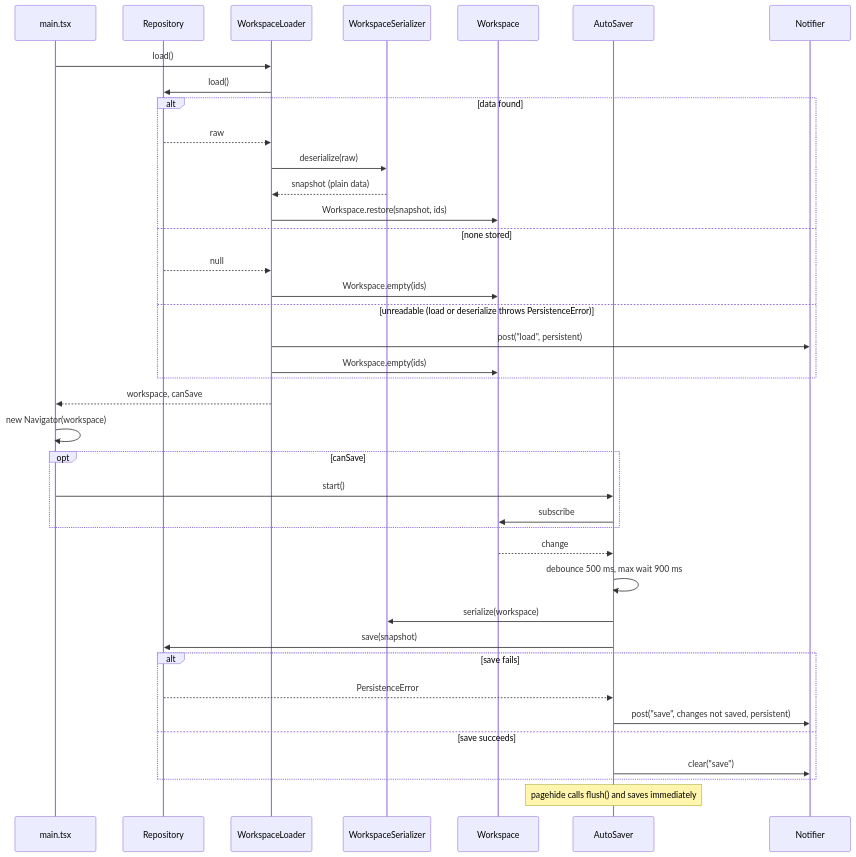
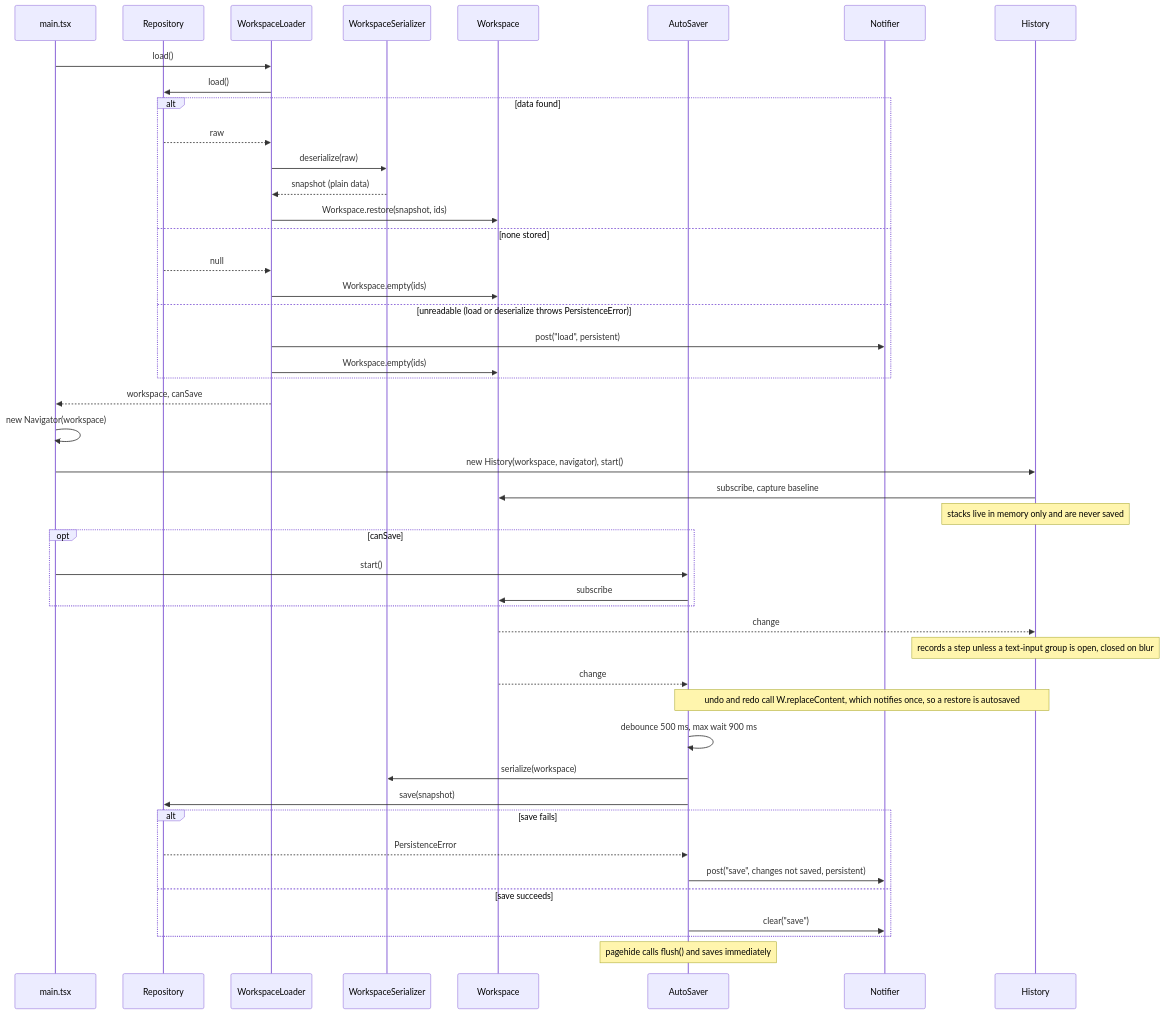
Before and after one commit to tylercoz/flow: the diagram in docs/diagrams/startup-and-save.mmd, drawn with Mermaid. The commit also changed 63 other files, not shown here.

First line of the commit message:
feat: add data types, undo/redo history, and UI restyle

```diff
--- a/docs/diagrams/startup-and-save.mmd
+++ b/docs/diagrams/startup-and-save.mmd
@@ -1,39 +1,46 @@
 sequenceDiagram
     participant M as main.tsx
     participant R as Repository
     participant L as WorkspaceLoader
     participant S as WorkspaceSerializer
     participant W as Workspace
     participant A as AutoSaver
     participant N as Notifier
+    participant H as History
     M->>L: load()
     L->>R: load()
     alt data found
         R-->>L: raw
         L->>S: deserialize(raw)
         S-->>L: snapshot (plain data)
         L->>W: Workspace.restore(snapshot, ids)
     else none stored
         R-->>L: null
         L->>W: Workspace.empty(ids)
     else unreadable (load or deserialize throws PersistenceError)
         L->>N: post("load", persistent)
         L->>W: Workspace.empty(ids)
     end
     L-->>M: workspace, canSave
     M->>M: new Navigator(workspace)
+    M->>H: new History(workspace, navigator), start()
+    H->>W: subscribe, capture baseline
+    Note over H: stacks live in memory only and are never saved
     opt canSave
         M->>A: start()
         A->>W: subscribe
     end
+    W-->>H: change
+    Note over H: records a step unless a text-input group is open, closed on blur
     W-->>A: change
+    Note over H,A: undo and redo call W.replaceContent, which notifies once, so a restore is autosaved
     A->>A: debounce 500 ms, max wait 900 ms
     A->>S: serialize(workspace)
     A->>R: save(snapshot)
     alt save fails
         R-->>A: PersistenceError
         A->>N: post("save", changes not saved, persistent)
     else save succeeds
         A->>N: clear("save")
     end
     Note over A: pagehide calls flush() and saves immediately
```
